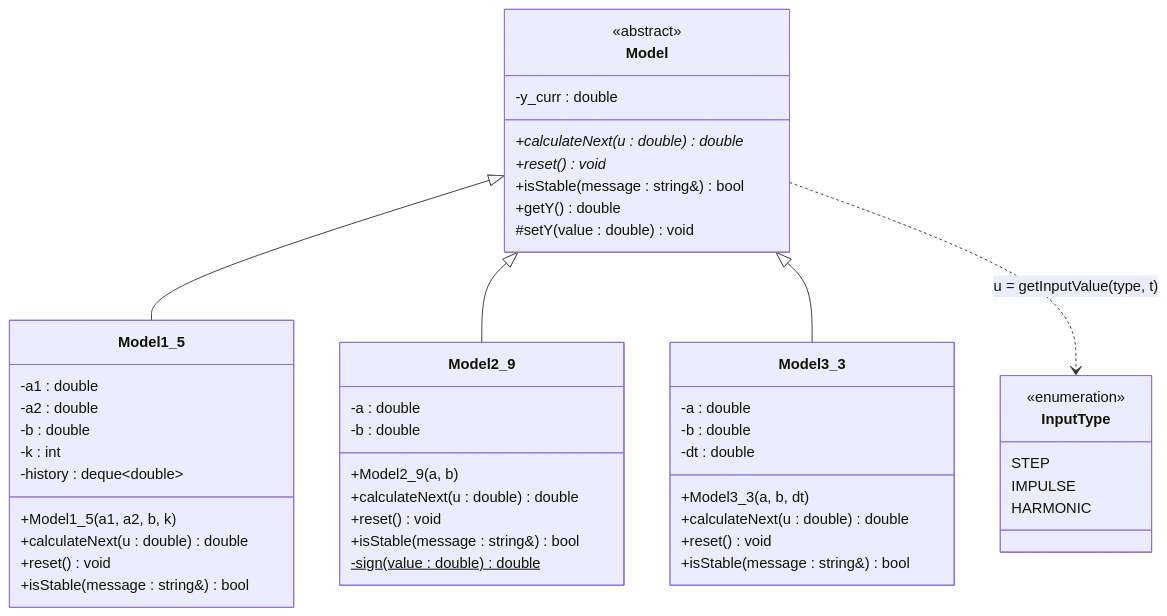
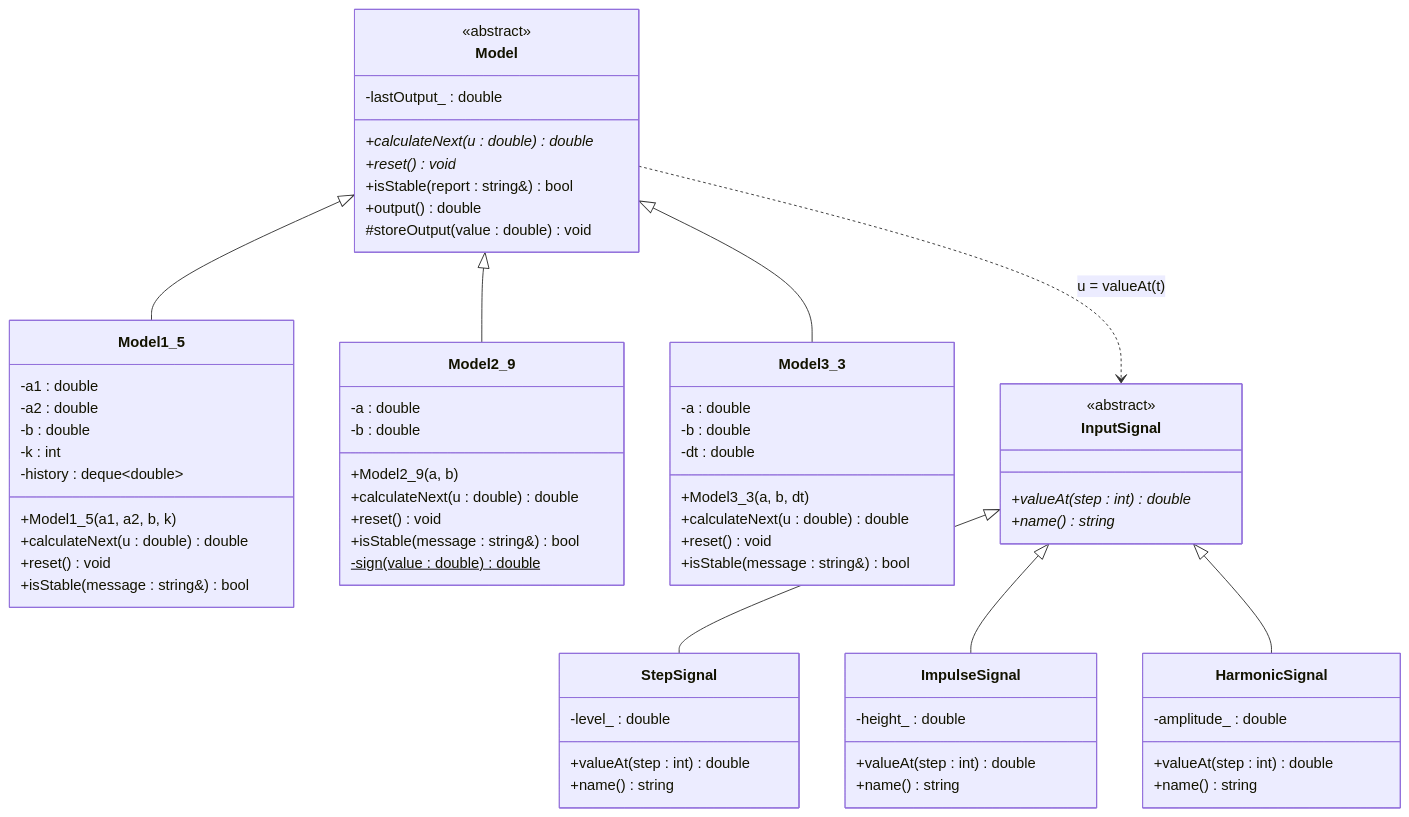
The diagram in trunk/as06720/task_01/doc/readme.md (brstu/TMAU-2026), drawn with Mermaid before and after one commit. The commit also changed other lines of this file and 6 other files, not shown here.

````diff
--- a/trunk/as06720/task_01/doc/readme.md
+++ b/trunk/as06720/task_01/doc/readme.md
@@ -186,56 +188,76 @@
 ```mermaid
 classDiagram
     class Model {
         <<abstract>>
-        -y_curr : double
+        -lastOutput_ : double
         +calculateNext(u : double) double*
         +reset() void*
-        +isStable(message : string&) bool
-        +getY() double
-        #setY(value : double) void
+        +isStable(report : string&) bool
+        +output() double
+        #storeOutput(value : double) void
     }
 
     class Model1_5 {
         -a1 : double
         -a2 : double
         -b : double
         -k : int
         -history : deque~double~
         +Model1_5(a1, a2, b, k)
         +calculateNext(u : double) double
         +reset() void
         +isStable(message : string&) bool
     }
 
     class Model2_9 {
         -a : double
         -b : double
         +Model2_9(a, b)
         +calculateNext(u : double) double
         +reset() void
         +isStable(message : string&) bool
         -sign(value : double)$ double
     }
 
     class Model3_3 {
         -a : double
         -b : double
         -dt : double
         +Model3_3(a, b, dt)
         +calculateNext(u : double) double
         +reset() void
         +isStable(message : string&) bool
     }
 
-    class InputType {
-        <<enumeration>>
-        STEP
-        IMPULSE
-        HARMONIC
+    class InputSignal {
+        <<abstract>>
+        +valueAt(step : int) double*
+        +name() string*
+    }
+
+    class StepSignal {
+        -level_ : double
+        +valueAt(step : int) double
+        +name() string
+    }
+
+    class ImpulseSignal {
+        -height_ : double
+        +valueAt(step : int) double
+        +name() string
+    }
+
+    class HarmonicSignal {
+        -amplitude_ : double
+        +valueAt(step : int) double
+        +name() string
     }
 
     Model <|-- Model1_5
     Model <|-- Model2_9
     Model <|-- Model3_3
-    Model ..> InputType : u = getInputValue(type, t)
+    InputSignal <|-- StepSignal
+    InputSignal <|-- ImpulseSignal
+    InputSignal <|-- HarmonicSignal
+    Model ..> InputSignal : u = valueAt(t)
 ```
````
